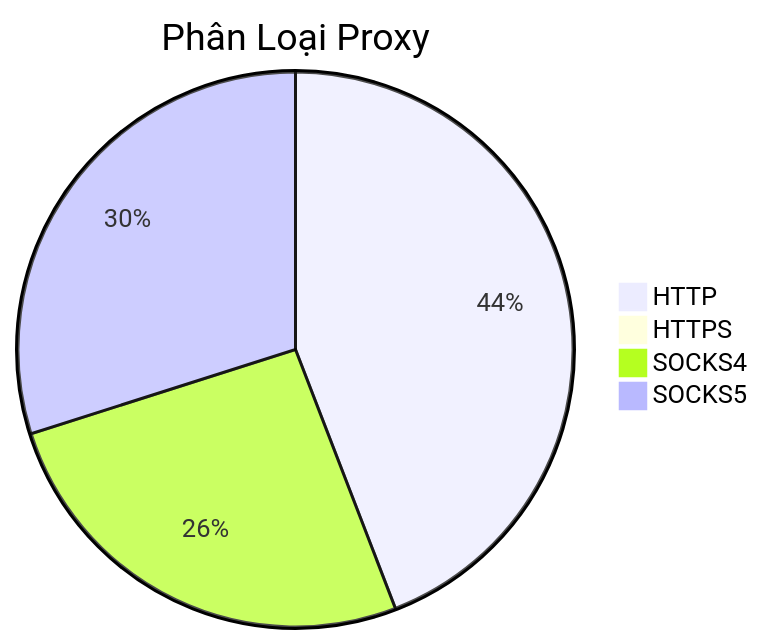
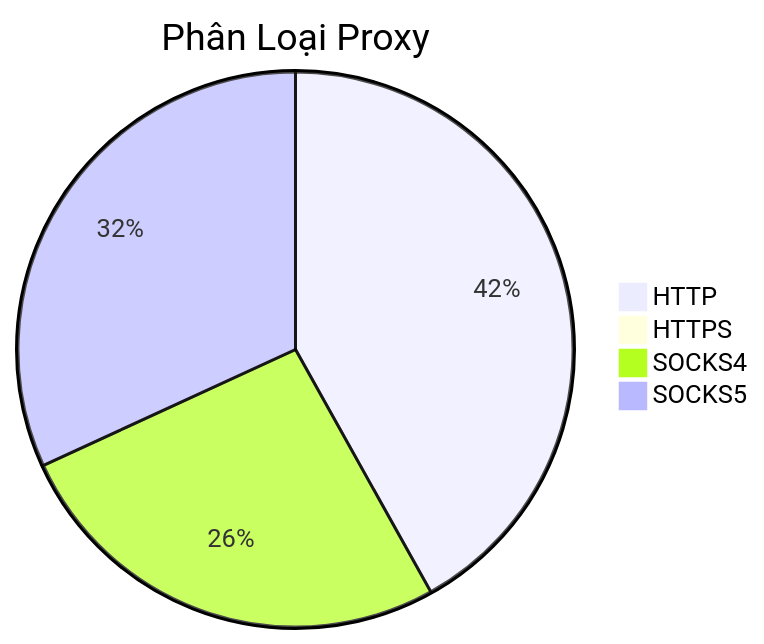
One commit to Ciara-12/PROXY-free changed the diagram in README.md. Above: the diagram before and after it, drawn with Mermaid. The commit also changed other lines of this file and 4 other files, not shown here.

````diff
--- a/README.md
+++ b/README.md
@@ -26,7 +26,7 @@
 ```mermaid
 pie title Phân Loại Proxy
-    "HTTP" : 580
-    "HTTPS" : 1
-    "SOCKS4" : 341
-    "SOCKS5" : 393
+    "HTTP" : 455
+    "HTTPS" : 0
+    "SOCKS4" : 285
+    "SOCKS5" : 346
 ```
````
